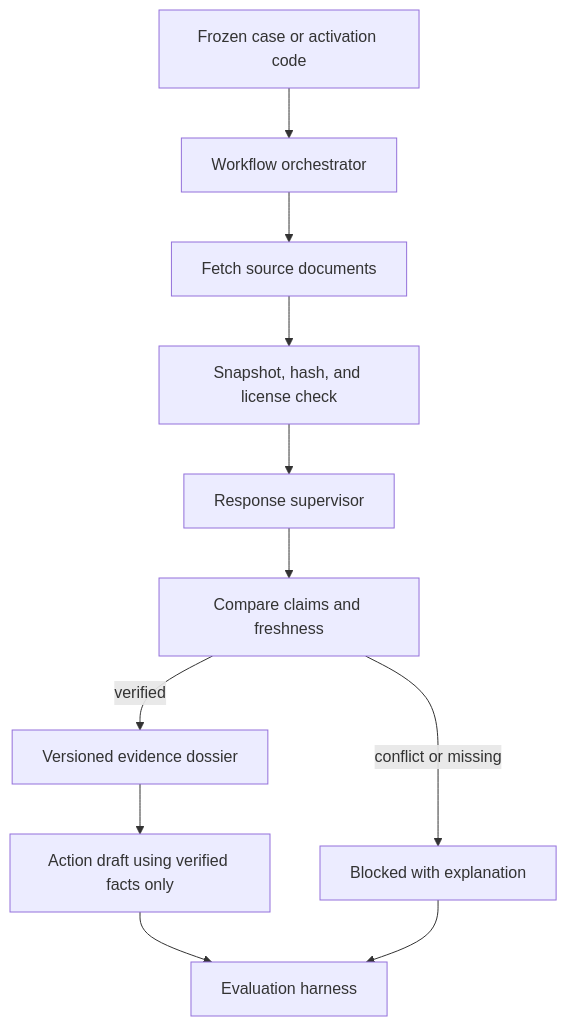
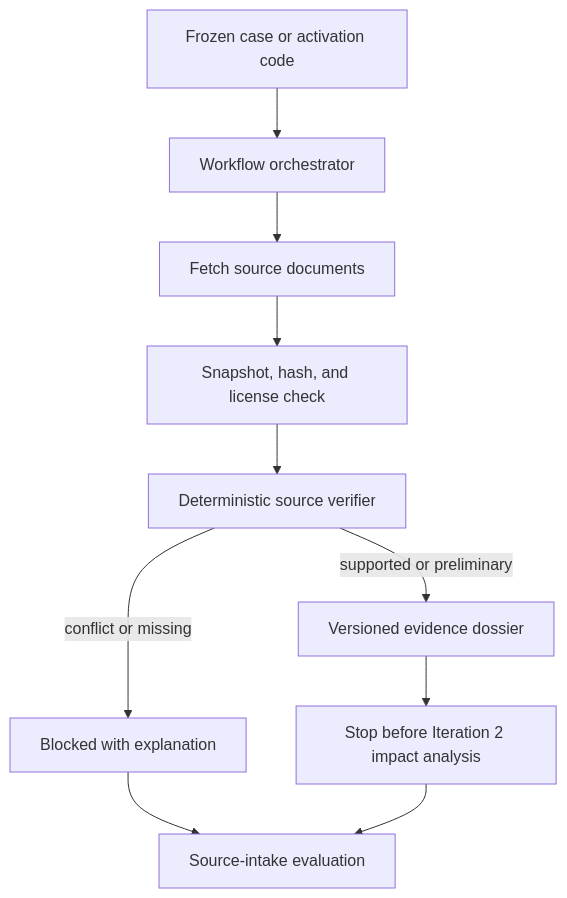
The third of 7 diagrams in docs/architecture/ADR-0001-iterative-agentic-architecture.md (0x-genesys/Climate-Cascade-Response-Agent), drawn with Mermaid before and after one commit. The commit also changed other lines of this file and 33 other files, not shown here.

Commit message:
Implement Iteration 1 source intake dashboard

````diff
--- a/docs/architecture/ADR-0001-iterative-agentic-architecture.md
+++ b/docs/architecture/ADR-0001-iterative-agentic-architecture.md
@@ -104,13 +104,12 @@
 ```mermaid
 flowchart TD
   C["Frozen case or activation code"] --> O["Workflow orchestrator"]
   O --> F["Fetch source documents"]
   F --> S["Snapshot, hash, and license check"]
-  S --> R["Response supervisor"]
-  R --> Q["Compare claims and freshness"]
-  Q -->|"verified"| D["Versioned evidence dossier"]
-  Q -->|"conflict or missing"| B["Blocked with explanation"]
-  D --> P["Action draft using verified facts only"]
-  P --> E["Evaluation harness"]
-  B --> E
+  S --> V["Deterministic source verifier"]
+  V -->|"supported or preliminary"| D["Versioned evidence dossier"]
+  V -->|"conflict or missing"| B["Blocked with explanation"]
+  D --> X["Stop before Iteration 2 impact analysis"]
+  B --> E["Source-intake evaluation"]
+  X --> E
 ```
````
